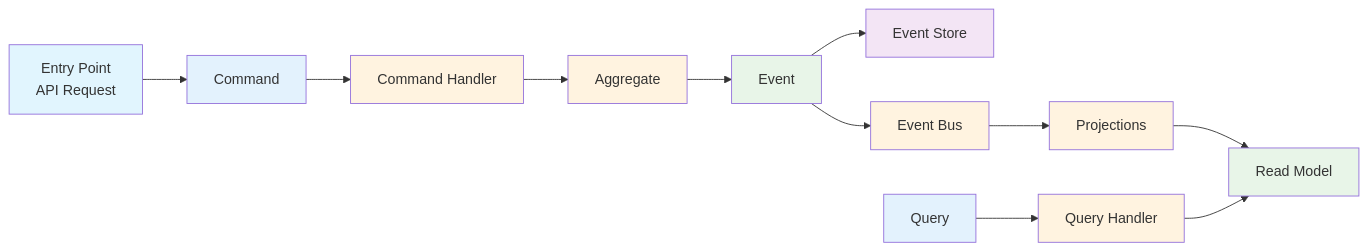
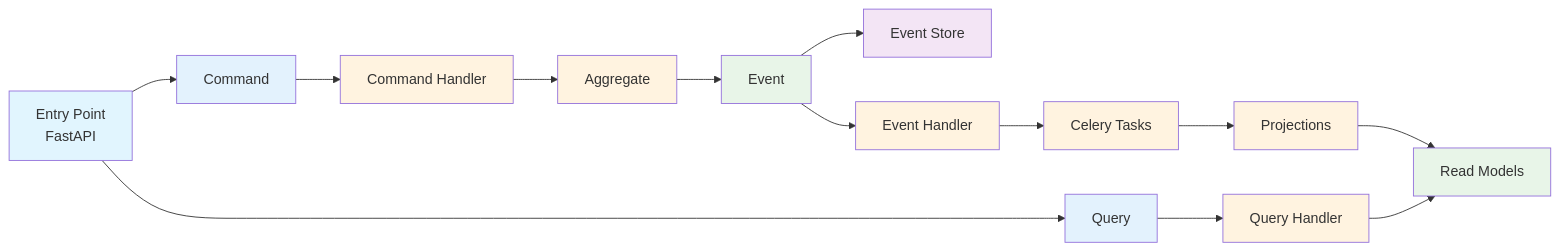
Before and after one commit to anmarkoulis/event-sourcing: the diagram in diagrams/source/event-sourcing-flow.mmd, drawn with Mermaid. The commit also changed 21 other files, not shown here.

```diff
--- a/diagrams/source/event-sourcing-flow.mmd
+++ b/diagrams/source/event-sourcing-flow.mmd
@@ -1,24 +1,28 @@
 graph LR
-    A[Entry Point<br/>API Request] --> B[Command]
+    A[Entry Point<br/>FastAPI] --> B[Command]
+    A --> J[Query]
+
     B --> C[Command Handler]
     C --> D[Aggregate]
     D --> E[Event]
     E --> F[Event Store]
-    E --> G[Event Bus]
-    G --> H[Projections]
-    H --> I[Read Model]
+    E --> G[Event Handler]
+    G --> H[Celery Tasks]
+    H --> I[Projections]
+    I --> K[Read Models]
 
-    J[Query] --> K[Query Handler]
-    K --> I
+    J --> L[Query Handler]
+    L --> K
 
     style A fill:#e1f5fe
     style B fill:#e3f2fd
     style C fill:#fff3e0
     style D fill:#fff3e0
     style E fill:#e8f5e8
     style F fill:#f3e5f5
     style G fill:#fff3e0
     style H fill:#fff3e0
-    style I fill:#e8f5e8
+    style I fill:#fff3e0
     style J fill:#e3f2fd
-    style K fill:#fff3e0
+    style K fill:#e8f5e8
+    style L fill:#fff3e0
```
